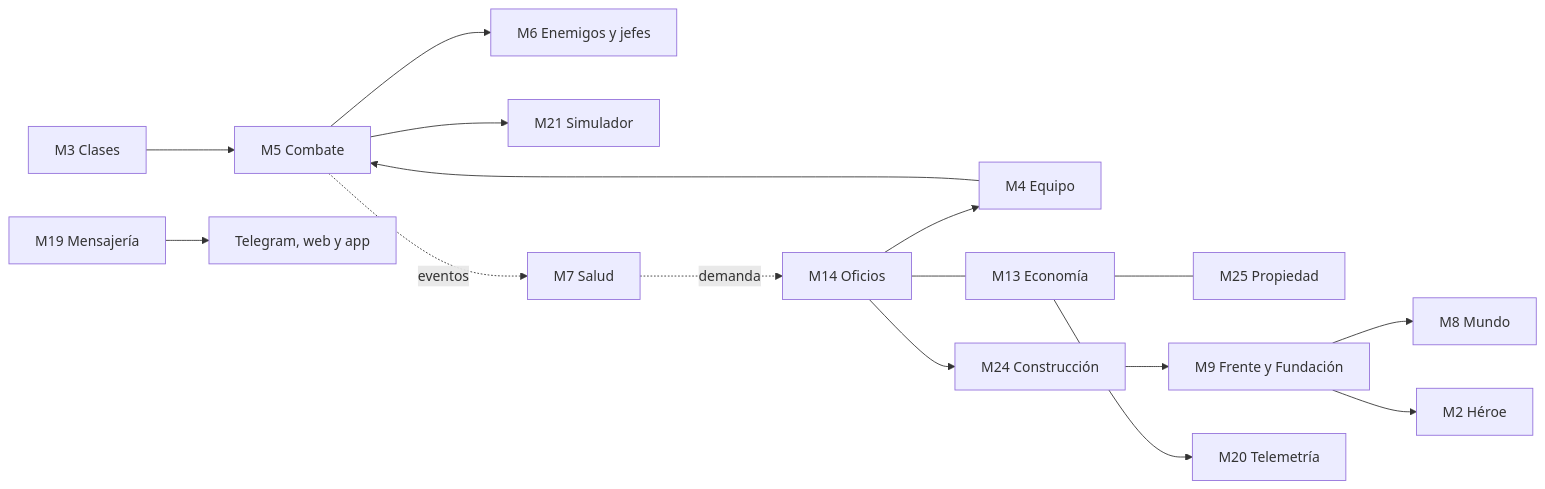
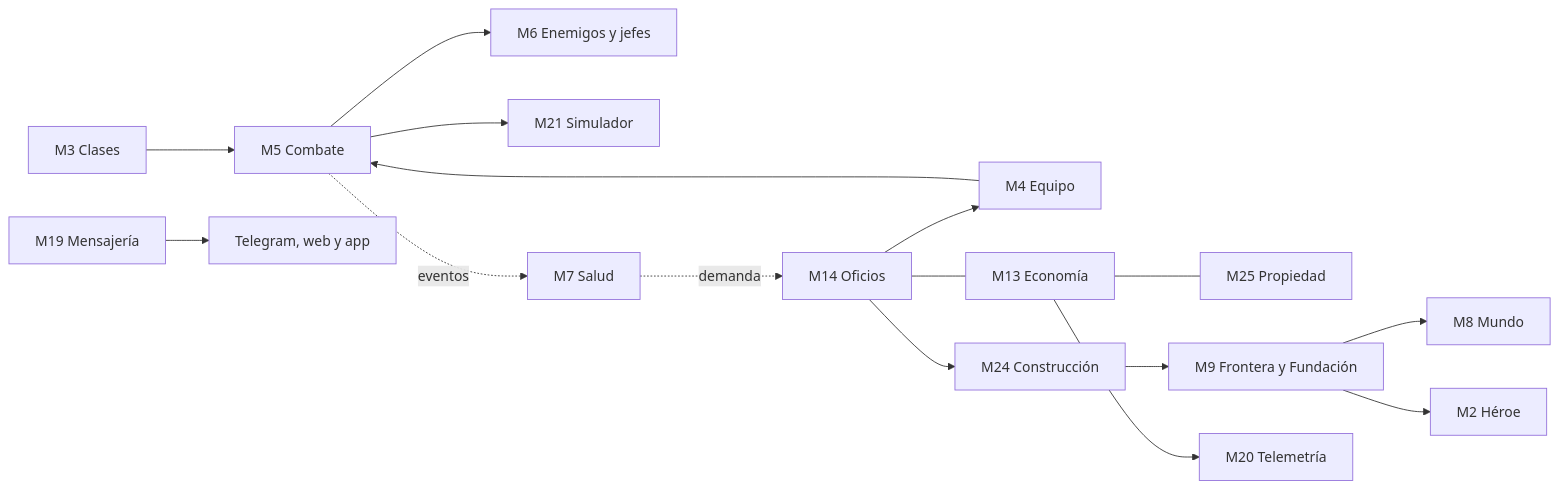
Before and after one commit to jams990519/RPGDungeon: the diagram in diseno/01-plataforma/mapa-de-impacto.md, drawn with Mermaid. The commit also changed other lines of this file and 1 other file, not shown here.

````diff
--- a/diseno/01-plataforma/mapa-de-impacto.md
+++ b/diseno/01-plataforma/mapa-de-impacto.md
@@ -183,18 +183,18 @@
 ```mermaid
 flowchart LR
   M3[M3 Clases] --> M5[M5 Combate]
   M4[M4 Equipo] --> M5
   M5 --> M6[M6 Enemigos y jefes]
   M5 --> M21[M21 Simulador]
   M5 -. eventos .-> M7[M7 Salud]
   M7 -. demanda .-> M14[M14 Oficios]
   M14 --> M4
   M14 --> M24[M24 Construcción]
   M14 --- M13[M13 Economía]
   M13 --- M25[M25 Propiedad]
-  M24 --> M9[M9 Frente y Fundación]
+  M24 --> M9[M9 Frontera y Fundación]
   M9 --> M8[M8 Mundo]
   M9 --> M2[M2 Héroe]
   M13 --> M20[M20 Telemetría]
   M19[M19 Mensajería] --> CL[Telegram, web y app]
 ```
````
